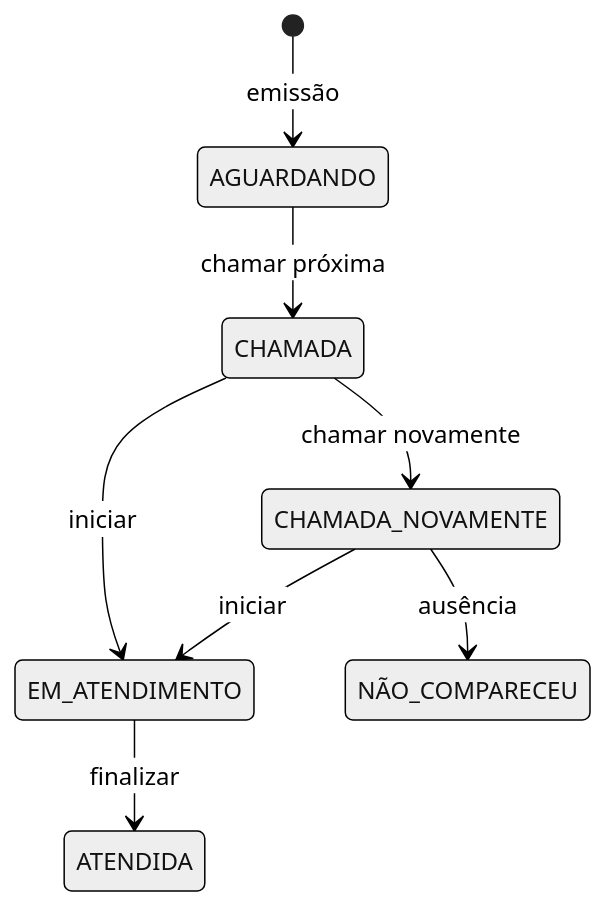
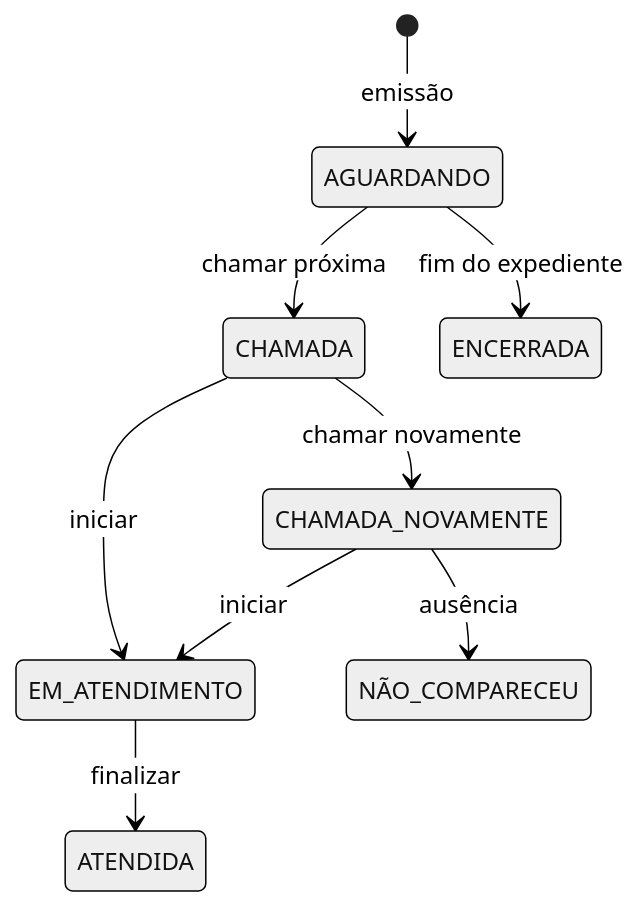
The first of 2 diagrams in docs/models/uml/README.md (kauamarkkes/nassauTickets), drawn with Mermaid (neutral theme) before and after one commit. The commit also changed other lines of this file and 5 other files, not shown here.

````diff
--- a/docs/models/uml/README.md
+++ b/docs/models/uml/README.md
@@ -3,10 +3,11 @@
 ```mermaid
 stateDiagram-v2
     [*] --> AGUARDANDO: emissão
     AGUARDANDO --> CHAMADA: chamar próxima
+    AGUARDANDO --> ENCERRADA: fim do expediente
     CHAMADA --> CHAMADA_NOVAMENTE: chamar novamente
     CHAMADA --> EM_ATENDIMENTO: iniciar
     CHAMADA_NOVAMENTE --> EM_ATENDIMENTO: iniciar
     CHAMADA_NOVAMENTE --> NÃO_COMPARECEU: ausência
     EM_ATENDIMENTO --> ATENDIDA: finalizar
 ```
````
